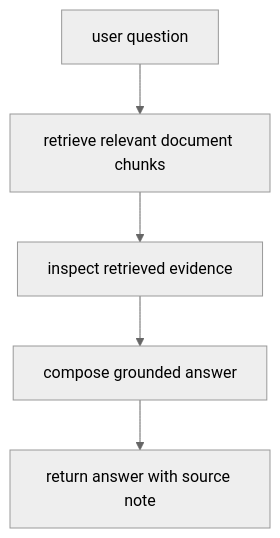
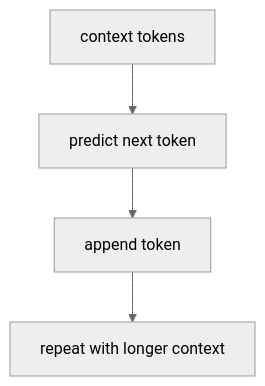
Before and after one commit to devchan64/AiBook: the first of 2 diagrams in docs/parts/part-06/chapter-05/section-01.md, drawn with Mermaid (neutral theme). The commit also changed other lines of this file and 213 other files, not shown here.

````diff
--- a/docs/parts/part-06/chapter-05/section-01.md
+++ b/docs/parts/part-06/chapter-05/section-01.md
@@ -70,10 +134,11 @@
 ```mermaid
 flowchart TD
-  A["user question"]
-  B["retrieve relevant document chunks"]
-  C["inspect retrieved evidence"]
-  D["compose grounded answer"]
-  E["return answer with source note"]
+  A["context tokens"]
+  B["predict next token"]
+  C["append token"]
+  D["repeat with longer context"]
 
-  A --> B --> C --> D --> E
+  A --> B
+  B --> C
+  C --> D
 ```
````
